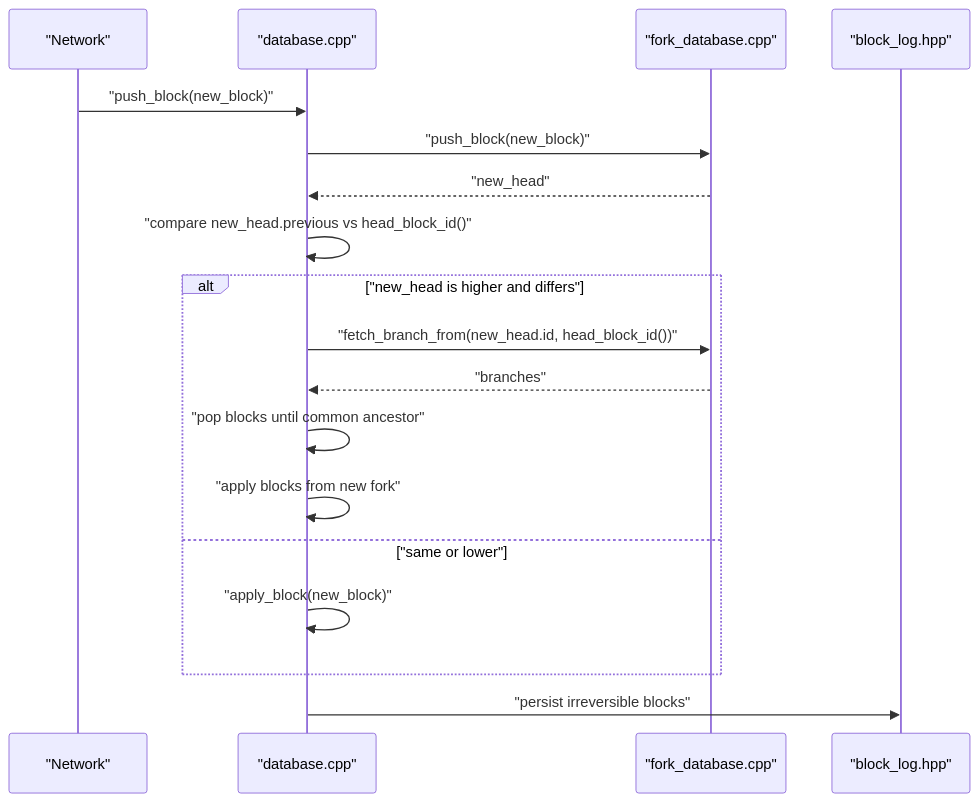
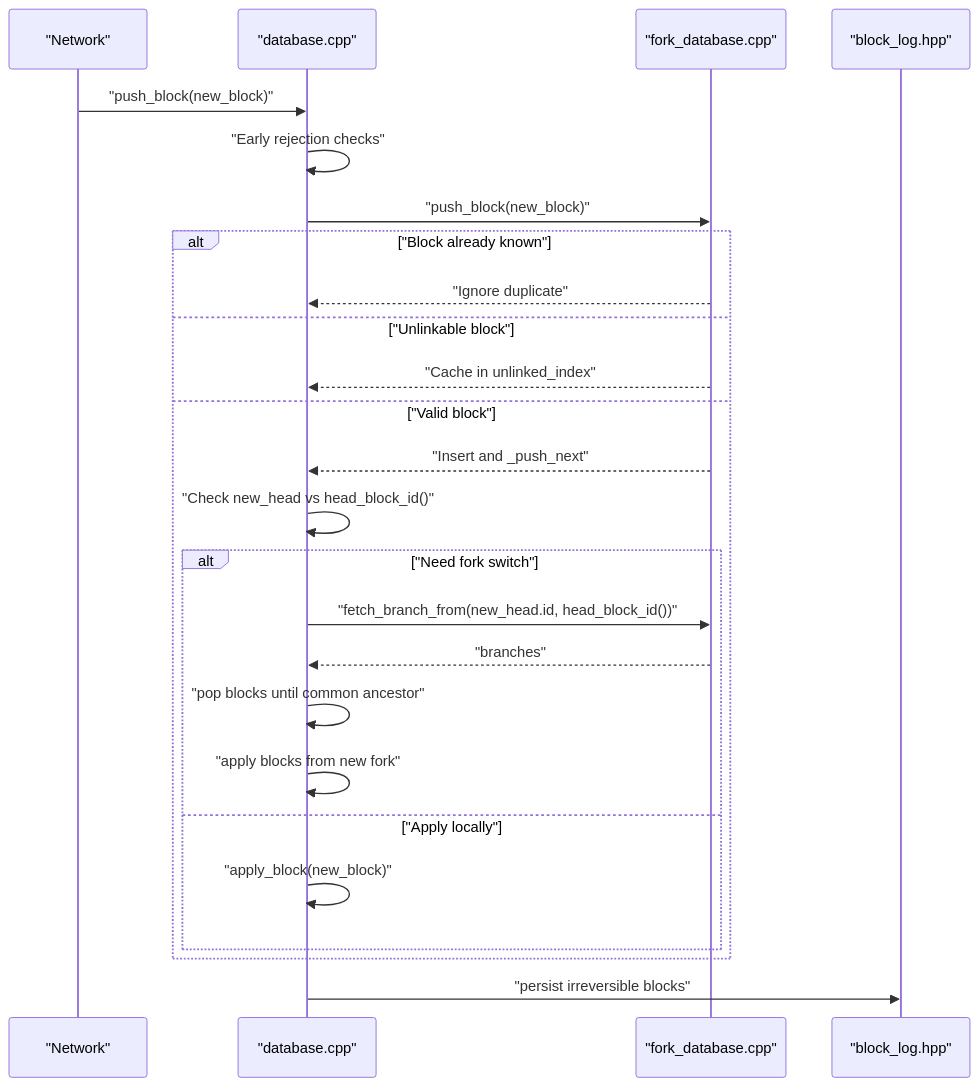
The second of 9 diagrams in .qoder/repowiki/en/content/Architecture Overview/Core Libraries/Chain Library/Fork Resolution and Consensus.md (VIZ-Blockchain/viz-cpp-node), drawn with Mermaid before and after one commit. The commit also changed other lines of this file and 4 other files, not shown here.

````diff
--- a/.qoder/repowiki/en/content/Architecture Overview/Core Libraries/Chain Library/Fork Resolution and Consensus.md
+++ b/.qoder/repowiki/en/content/Architecture Overview/Core Libraries/Chain Library/Fork Resolution and Consensus.md
@@ -82,20 +90,27 @@
 ```mermaid
 sequenceDiagram
 participant Net as "Network"
 participant DB as "database.cpp"
 participant FDB as "fork_database.cpp"
 participant BL as "block_log.hpp"
 Net->>DB : "push_block(new_block)"
+DB->>DB : "Early rejection checks"
 DB->>FDB : "push_block(new_block)"
-FDB-->>DB : "new_head"
-DB->>DB : "compare new_head.previous vs head_block_id()"
-alt "new_head is higher and differs"
+alt "Block already known"
+FDB-->>DB : "Ignore duplicate"
+else "Unlinkable block"
+FDB-->>DB : "Cache in unlinked_index"
+else "Valid block"
+FDB-->>DB : "Insert and _push_next"
+DB->>DB : "Check new_head vs head_block_id()"
+alt "Need fork switch"
 DB->>FDB : "fetch_branch_from(new_head.id, head_block_id())"
 FDB-->>DB : "branches"
 DB->>DB : "pop blocks until common ancestor"
 DB->>DB : "apply blocks from new fork"
-else "same or lower"
+else "Apply locally"
 DB->>DB : "apply_block(new_block)"
+end
 end
 DB->>BL : "persist irreversible blocks"
 ```
````
